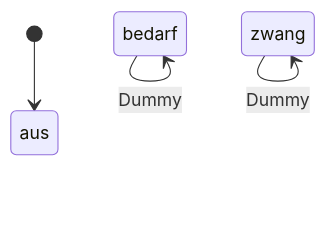
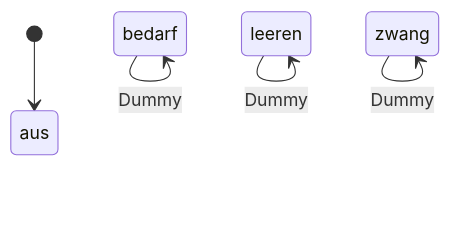
One commit to petermaerki/puenterswis_heizung_2023_git changed the diagram in steuerung_automatik/zero-software/doc/statemachine_HsmLadung.md. Above: the diagram before and after it, drawn with Mermaid. The commit also changed 4 other files, not shown here.

````diff
--- a/steuerung_automatik/zero-software/doc/statemachine_HsmLadung.md
+++ b/steuerung_automatik/zero-software/doc/statemachine_HsmLadung.md
@@ -1,16 +1,20 @@
 ```mermaid
 stateDiagram-v2
     aus: aus
     state aus
 
     bedarf: bedarf
     state bedarf
     bedarf --> bedarf: Dummy
 
+    leeren: leeren
+    state leeren
+    leeren --> leeren: Dummy
+
     zwang: zwang
     state zwang
     zwang --> zwang: Dummy
     [*] --> aus
 
     %% Transitions
 ```
````
